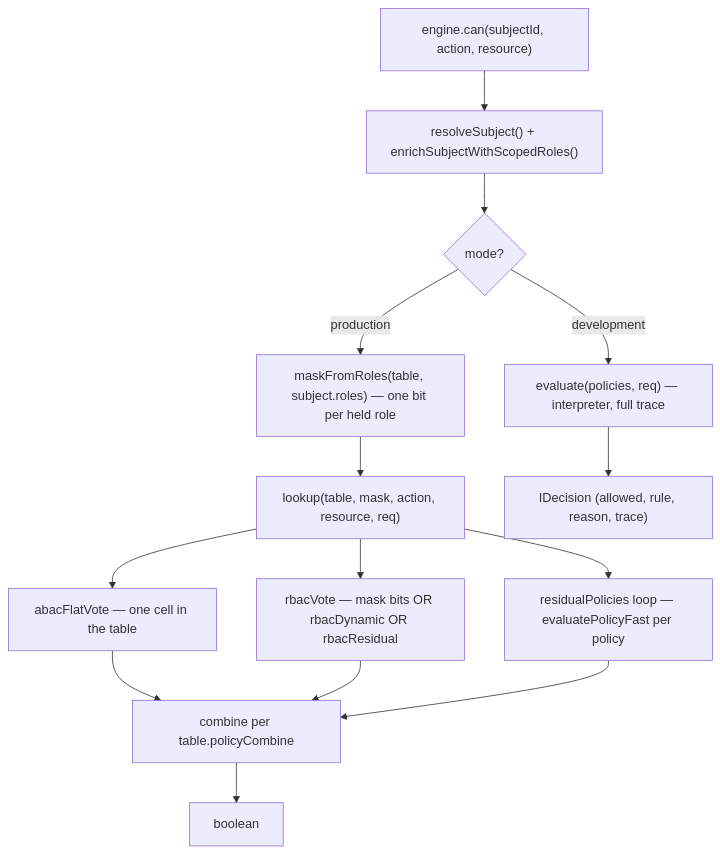
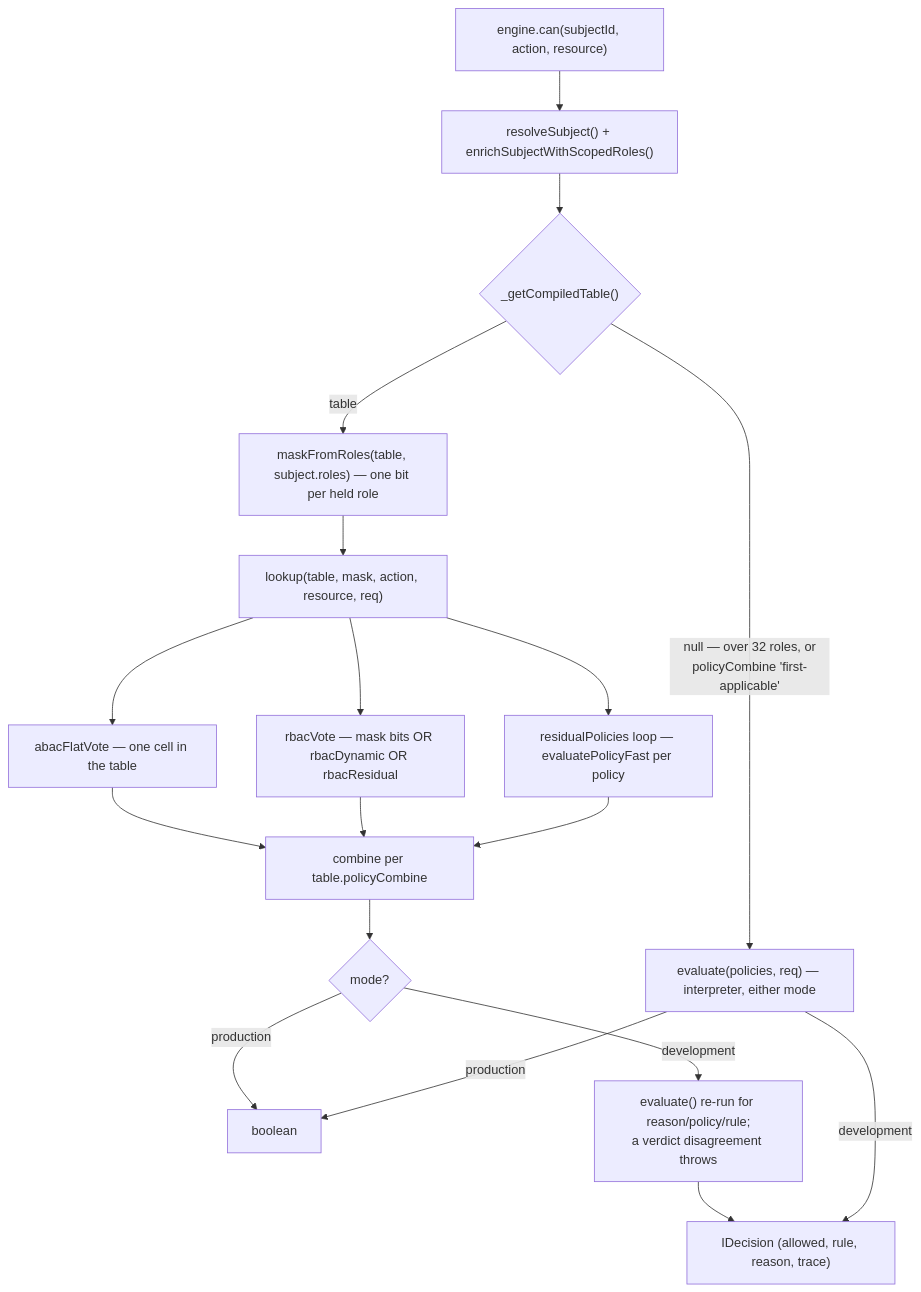
The first of 6 diagrams in packages/duck-iam/docs/compiled-engine-explained.md (gentleeduck/duck-iam), drawn with Mermaid before and after one commit. The commit also changed other lines of this file and 6 other files, not shown here.

````diff
--- a/packages/duck-iam/docs/compiled-engine-explained.md
+++ b/packages/duck-iam/docs/compiled-engine-explained.md
@@ -17,16 +17,20 @@
 ```mermaid
 flowchart TD
     A["engine.can(subjectId, action, resource)"] --> B["resolveSubject() + enrichSubjectWithScopedRoles()"]
-    B --> C{"mode?"}
-    C -->|development| D["evaluate(policies, req) — interpreter, full trace"]
-    C -->|production| E["maskFromRoles(table, subject.roles) — one bit per held role"]
+    B --> C{"_getCompiledTable()"}
+    C -->|"null — over 32 roles, or<br/>policyCombine 'first-applicable'"| D["evaluate(policies, req) — interpreter, either mode"]
+    C -->|table| E["maskFromRoles(table, subject.roles) — one bit per held role"]
     E --> F["lookup(table, mask, action, resource, req)"]
     F --> G["abacFlatVote — one cell in the table"]
     F --> H["rbacVote — mask bits OR rbacDynamic OR rbacResidual"]
     F --> I["residualPolicies loop — evaluatePolicyFast per policy"]
     G --> J["combine per table.policyCombine"]
     H --> J
     I --> J
-    J --> K["boolean"]
-    D --> L["IDecision (allowed, rule, reason, trace)"]
+    J --> K{"mode?"}
+    K -->|production| L["boolean"]
+    K -->|development| M["evaluate() re-run for reason/policy/rule;<br/>a verdict disagreement throws"]
+    M --> N["IDecision (allowed, rule, reason, trace)"]
+    D -->|production| L
+    D -->|development| N
 ```
````
